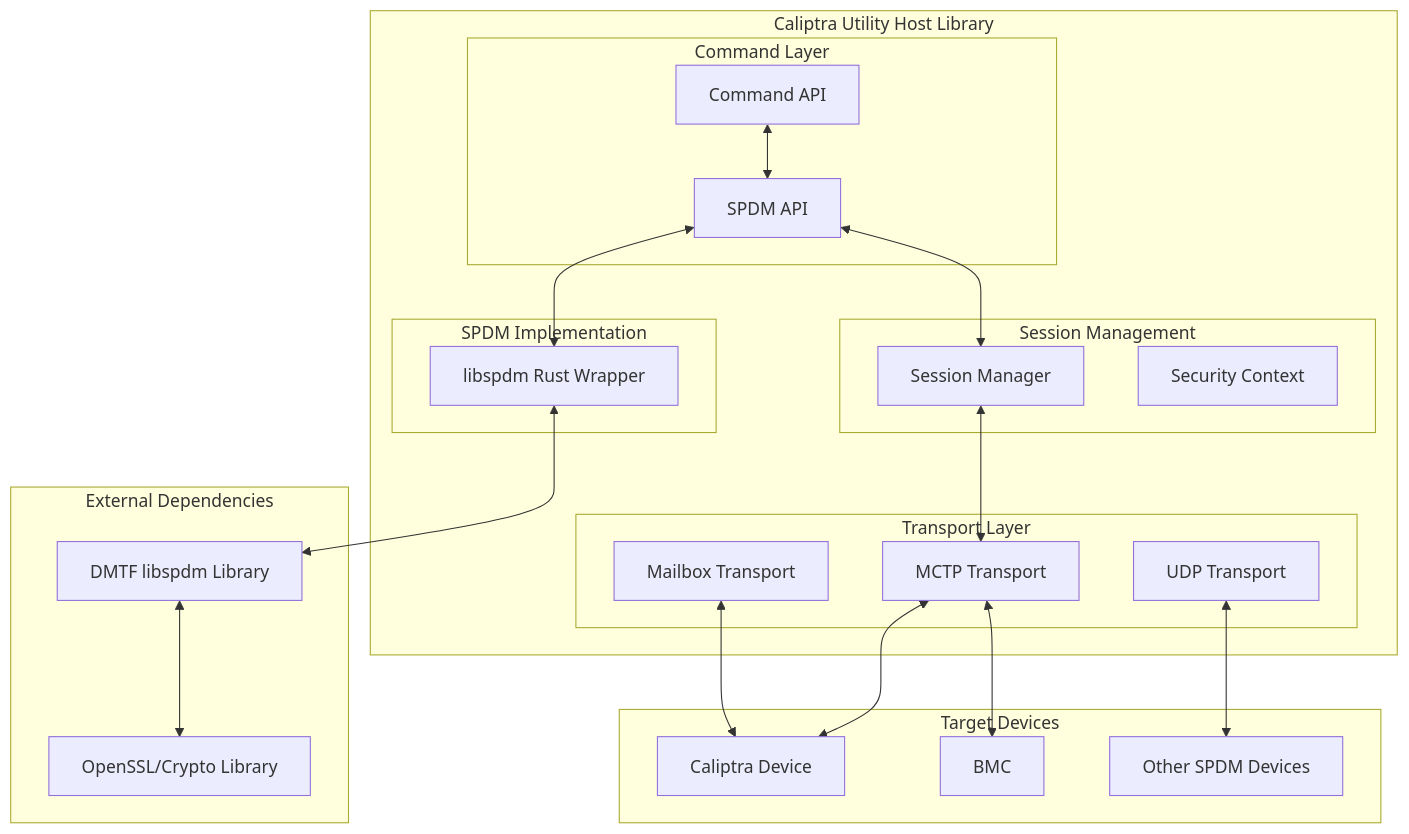
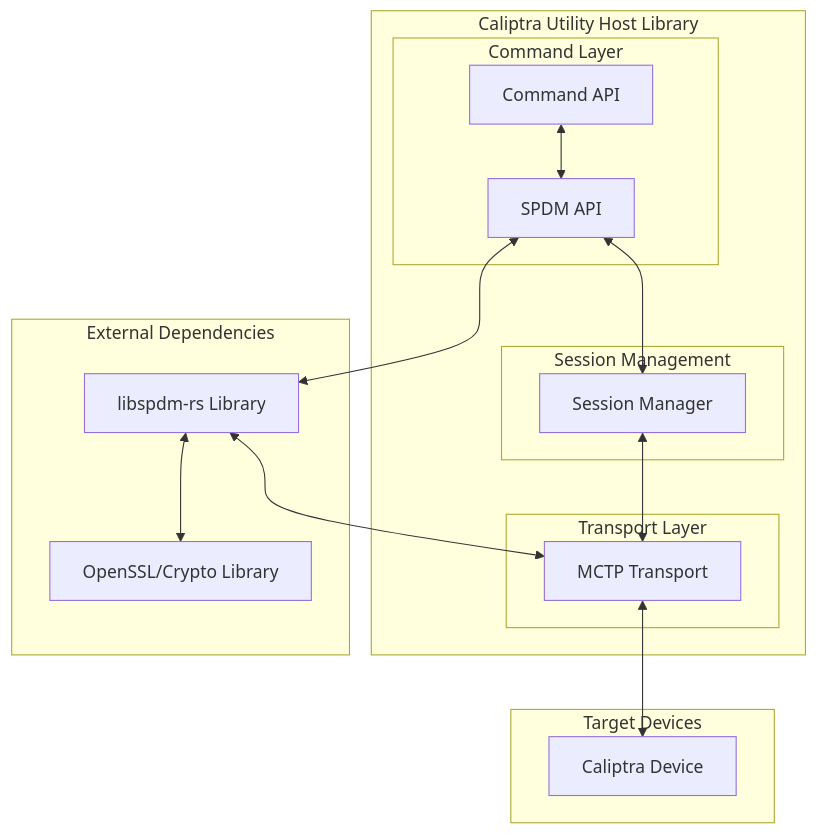
The diagram in docs/src/spdm_integration_design.md (iyernaveenr/caliptra-mcu-sw), drawn with Mermaid before and after one commit. The commit also changed other lines of this file, not shown here.

Commit message:
Update to spdm-lib rs

````diff
--- a/docs/src/spdm_integration_design.md
+++ b/docs/src/spdm_integration_design.md
@@ -9,47 +9,35 @@
 ```mermaid
 graph TB
     subgraph "Caliptra Utility Host Library"
         subgraph "Command Layer"
             API[Command API]
             Commands[SPDM API]
         end
         
-        subgraph "SPDM Implementation"
-            Wrapper[libspdm Rust Wrapper]
-        end
-        
         subgraph "Transport Layer"
             MCTP[MCTP Transport]
-            UDP[UDP Transport]
-            Mailbox[Mailbox Transport]
         end
         
         subgraph "Session Management"
             Session[Session Manager]
-            Security[Security Context]
         end
     end
     
     subgraph "External Dependencies"
-        libspdm[DMTF libspdm Library]
+        libspdm[libspdm-rs Library]
         OpenSSL[OpenSSL/Crypto Library]
     end
     
     subgraph "Target Devices"
         Caliptra[Caliptra Device]
-        BMC[BMC]
-        Other[Other SPDM Devices]
     end
     
     API <--> Commands
-    Commands <--> Wrapper
+    Commands <--> libspdm
     Commands <--> Session
-    Wrapper <--> libspdm
     Session <--> MCTP
     MCTP <--> Caliptra
-    MCTP <--> BMC
-    UDP <--> Other
-    Mailbox <--> Caliptra
     
     libspdm <--> OpenSSL
+    libspdm <--> MCTP
 ```
````
